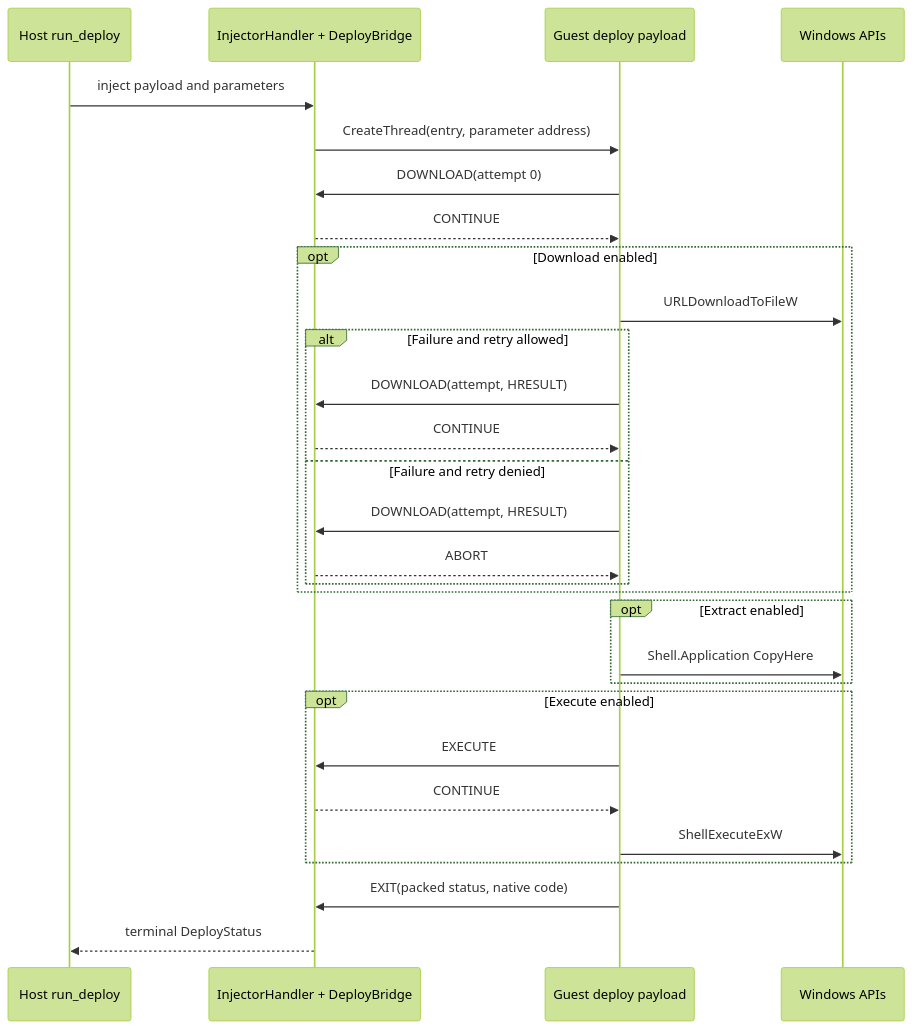
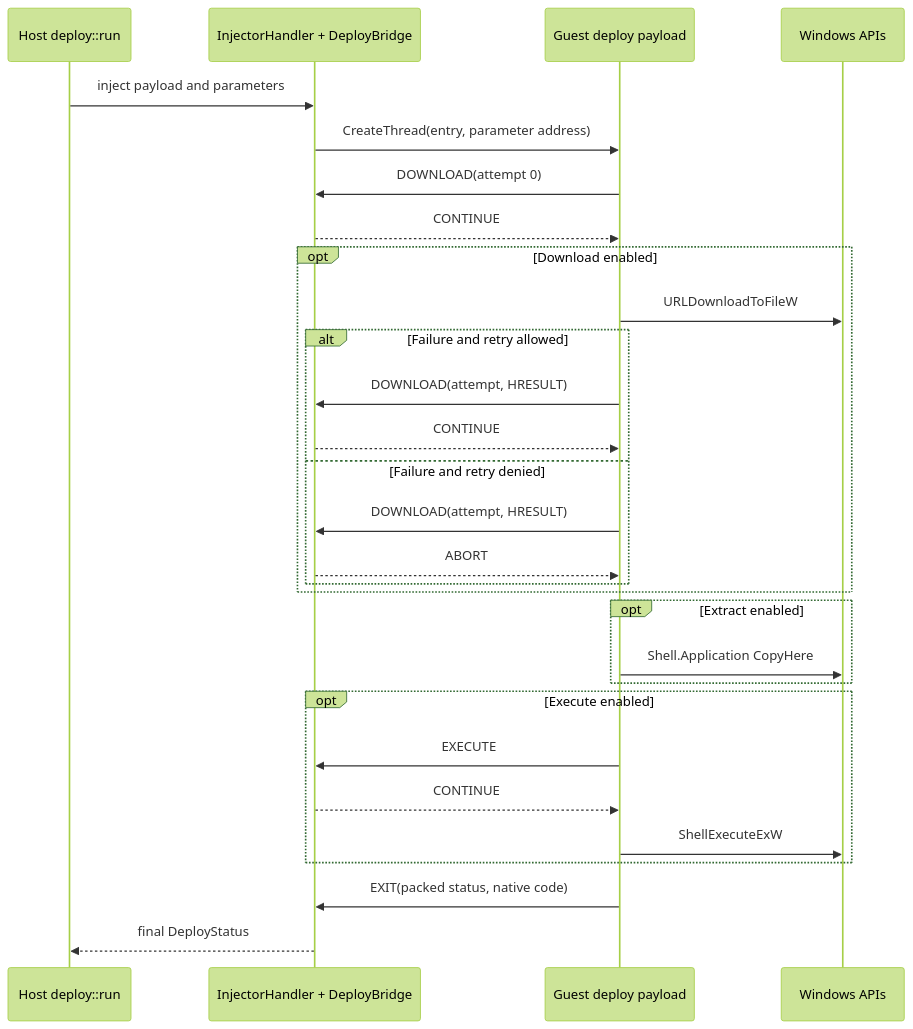
The third of 4 diagrams in examples/windows-bridge/deploy/README.md (vmi-rs/vmi), drawn with Mermaid (forest theme) before and after one commit. The commit also changed other lines of this file and 18 other files, not shown here.

````diff
--- a/examples/windows-bridge/deploy/README.md
+++ b/examples/windows-bridge/deploy/README.md
@@ -168,32 +168,32 @@
 ```mermaid
 sequenceDiagram
-    participant H as Host run_deploy
+    participant H as Host deploy::run
     participant I as InjectorHandler + DeployBridge
     participant G as Guest deploy payload
     participant W as Windows APIs
 
     H->>I: inject payload and parameters
     I->>G: CreateThread(entry, parameter address)
     G->>I: DOWNLOAD(attempt 0)
     I-->>G: CONTINUE
     opt Download enabled
         G->>W: URLDownloadToFileW
         alt Failure and retry allowed
             G->>I: DOWNLOAD(attempt, HRESULT)
             I-->>G: CONTINUE
         else Failure and retry denied
             G->>I: DOWNLOAD(attempt, HRESULT)
             I-->>G: ABORT
         end
     end
     opt Extract enabled
         G->>W: Shell.Application CopyHere
     end
     opt Execute enabled
         G->>I: EXECUTE
         I-->>G: CONTINUE
         G->>W: ShellExecuteExW
     end
     G->>I: EXIT(packed status, native code)
-    I-->>H: terminal DeployStatus
+    I-->>H: final DeployStatus
 ```
````
